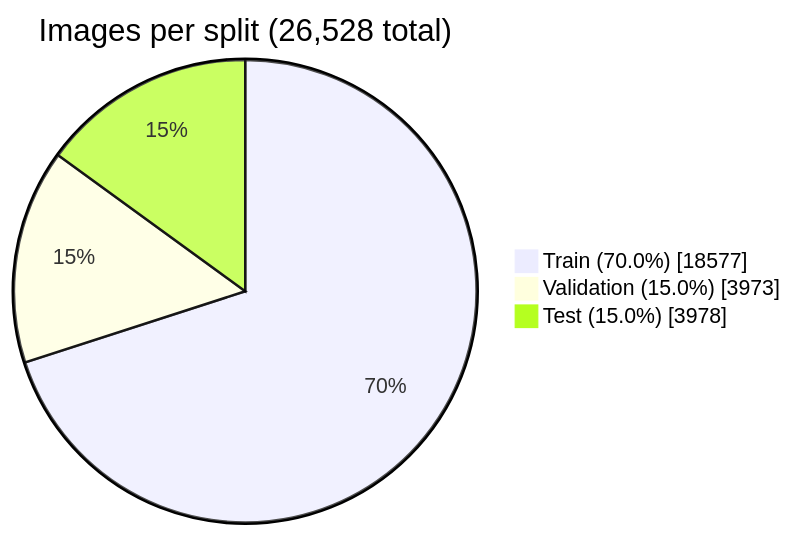
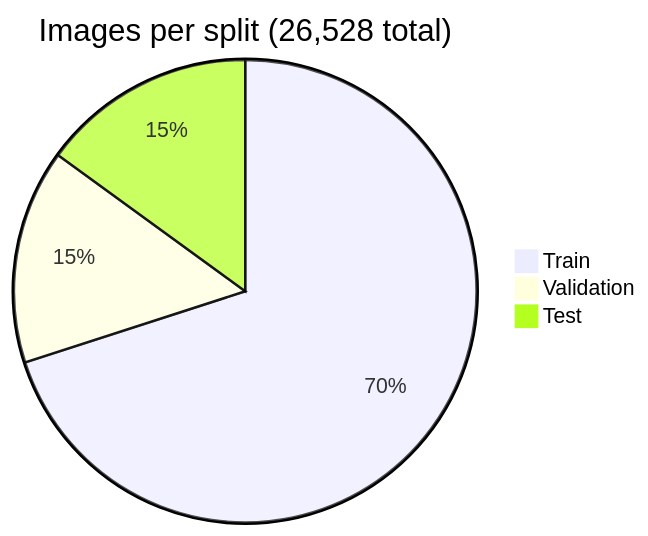
Before and after one commit to CostiCatargiu/Yolov12_WeaponDetection: the fifth of 6 diagrams in Readme.md, drawn with Mermaid. The commit also changed other lines of this file, not shown here.

````diff
--- a/Readme.md
+++ b/Readme.md
@@ -521,7 +513,6 @@
 ```mermaid
-pie showData
-    title Images per split (26,528 total)
-    "Train (70.0%)" : 18577
-    "Validation (15.0%)" : 3973
-    "Test (15.0%)" : 3978
+pie title Images per split (26,528 total)
+    "Train" : 18577
+    "Validation" : 3973
+    "Test" : 3978
 ```
````
